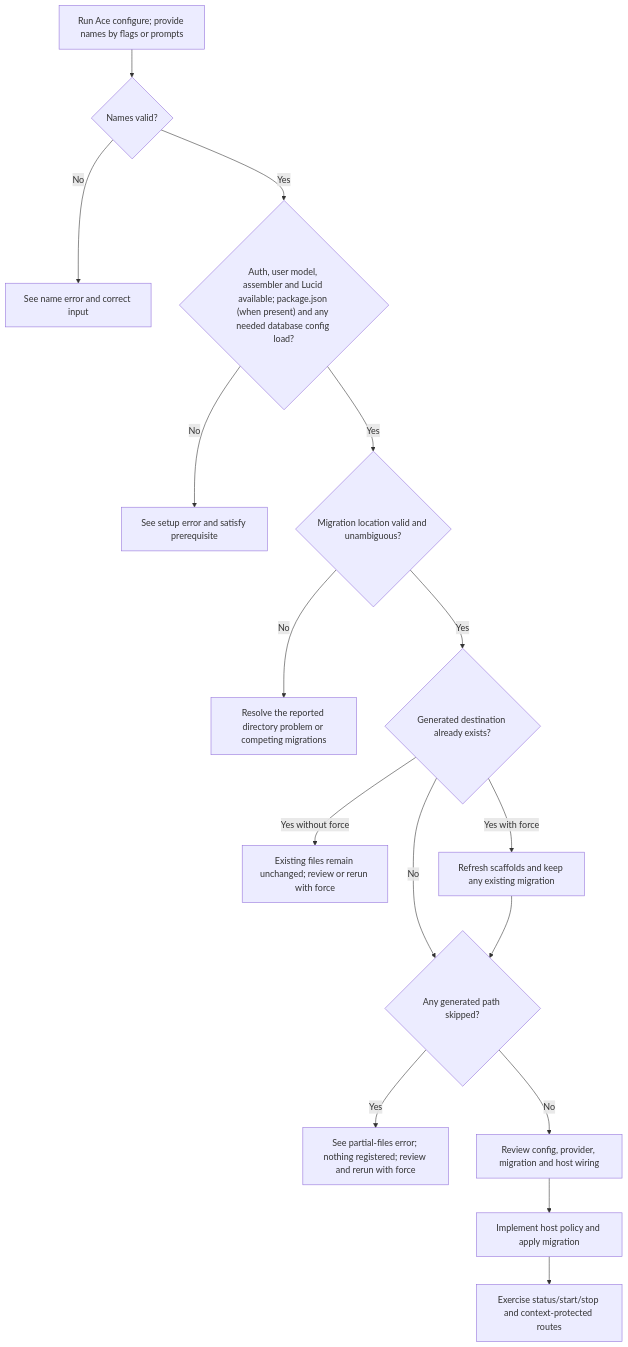
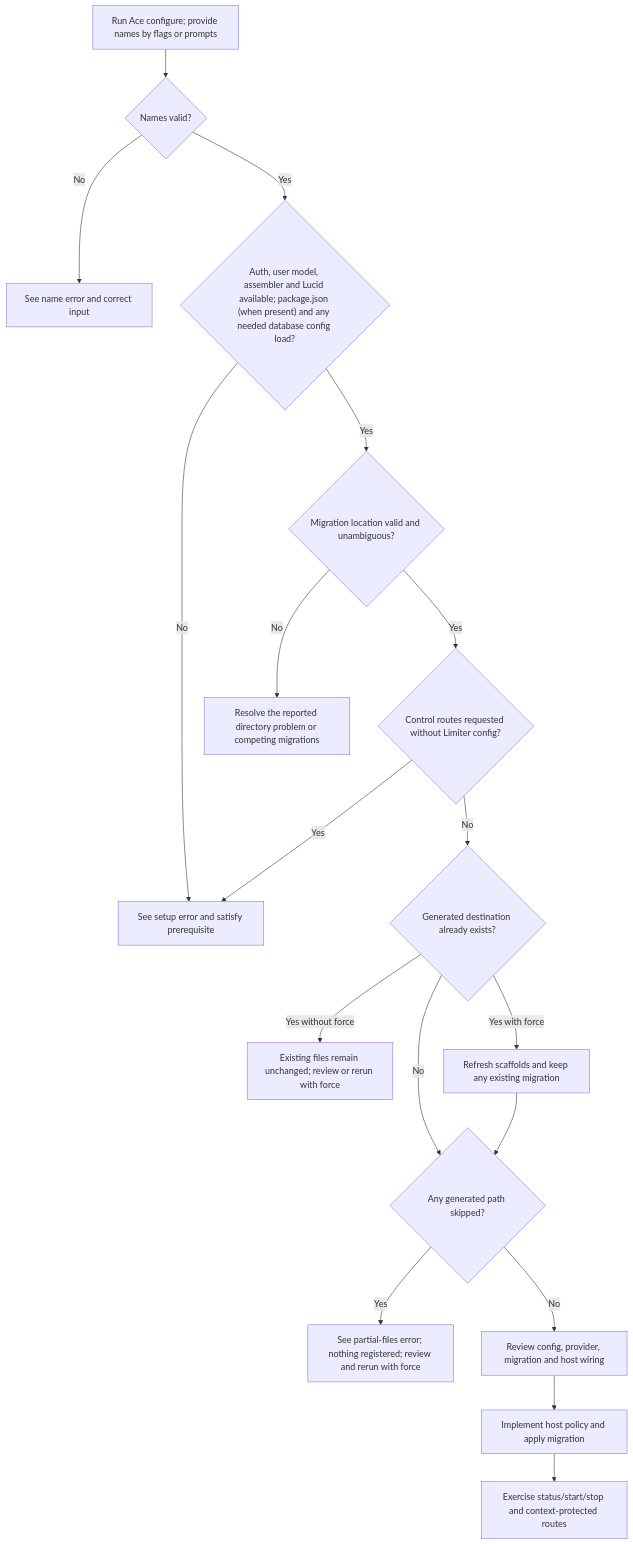
The first of 2 diagrams in user-stories/configure-masquerade/us-setup-01-configure-masquerade.md (Kevinjohn/oss-adonisjs-masquerade), drawn with Mermaid before and after one commit. The commit also changed other lines of this file and 15 other files, not shown here.

````diff
--- a/user-stories/configure-masquerade/us-setup-01-configure-masquerade.md
+++ b/user-stories/configure-masquerade/us-setup-01-configure-masquerade.md
@@ -29,18 +32,20 @@
 ```mermaid
 flowchart TD
     A["Run Ace configure; provide names by flags or prompts"] --> N{"Names valid?"}
     N -->|No| O["See name error and correct input"]
     N -->|Yes| B{"Auth, user model, assembler and Lucid available; package.json (when present) and any needed database config load?"}
     B -->|No| C["See setup error and satisfy prerequisite"]
     B -->|Yes| M{"Migration location valid and unambiguous?"}
     M -->|No| P["Resolve the reported directory problem or competing migrations"]
-    M -->|Yes| D{"Generated destination already exists?"}
+    M -->|Yes| L{"Control routes requested without Limiter config?"}
+    L -->|Yes| C
+    L -->|No| D{"Generated destination already exists?"}
     D -->|Yes without force| E["Existing files remain unchanged; review or rerun with force"]
     D -->|No| S{"Any generated path skipped?"}
     D -->|Yes with force| U["Refresh scaffolds and keep any existing migration"]
     U --> S
     S -->|Yes| T["See partial-files error; nothing registered; review and rerun with force"]
     S -->|No| F["Review config, provider, migration and host wiring"]
     F --> G["Implement host policy and apply migration"]
     G --> H["Exercise status/start/stop and context-protected routes"]
 ```
````
